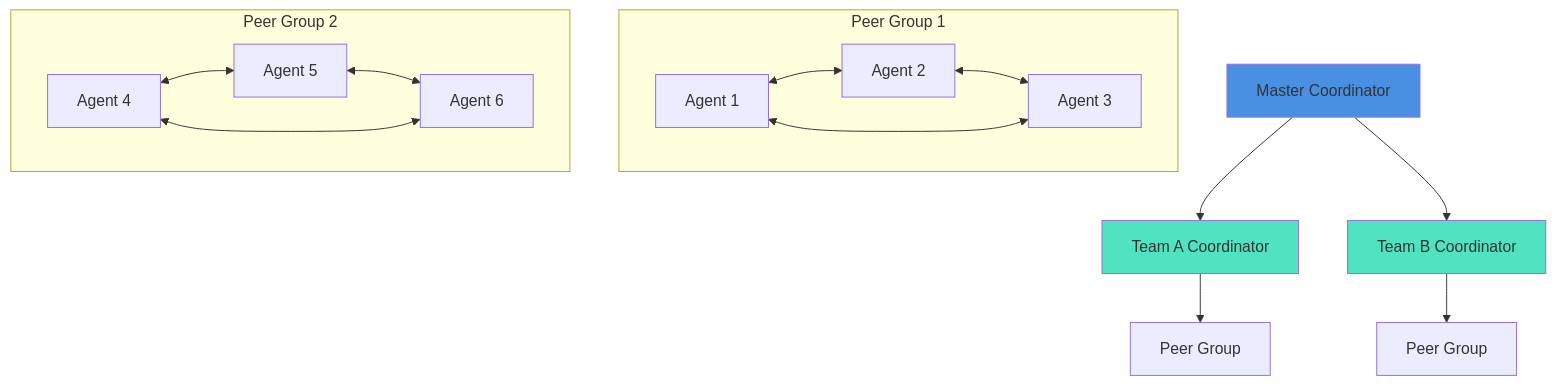
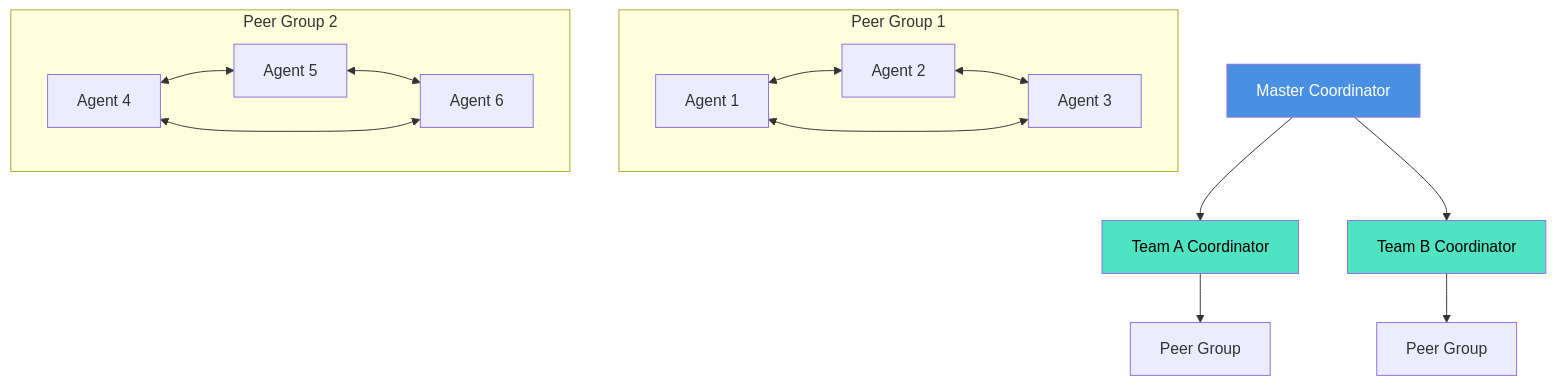
Before and after one commit to EideticPleroma/tutorials: the fifth of 5 diagrams in lesson-2-multi-agent/tutorial-2/architecture/hierarchical-vs-peer.md, drawn with Mermaid. The commit also changed other lines of this file and 7 other files, not shown here.

First line of the commit message:
docs: implement color contrast standards across all diagrams

````diff
--- a/lesson-2-multi-agent/tutorial-2/architecture/hierarchical-vs-peer.md
+++ b/lesson-2-multi-agent/tutorial-2/architecture/hierarchical-vs-peer.md
@@ -301,24 +301,24 @@
 ```mermaid
 graph TD
     Master[Master Coordinator] --> TeamA[Team A Coordinator]
     Master --> TeamB[Team B Coordinator]
     
     TeamA --> P2P1[Peer Group]
     TeamB --> P2P2[Peer Group]
     
     subgraph "Peer Group 1"
         A1[Agent 1] <--> A2[Agent 2]
         A2 <--> A3[Agent 3]
         A3 <--> A1
     end
     
     subgraph "Peer Group 2"
         B1[Agent 4] <--> B2[Agent 5]
         B2 <--> B3[Agent 6]
         B3 <--> B1
     end
     
-    style Master fill:#4A90E2
-    style TeamA fill:#50E3C2
-    style TeamB fill:#50E3C2
+    style Master fill:#4A90E2,color:#FFFFFF
+    style TeamA fill:#50E3C2,color:#000000
+    style TeamB fill:#50E3C2,color:#000000
 ```
````
